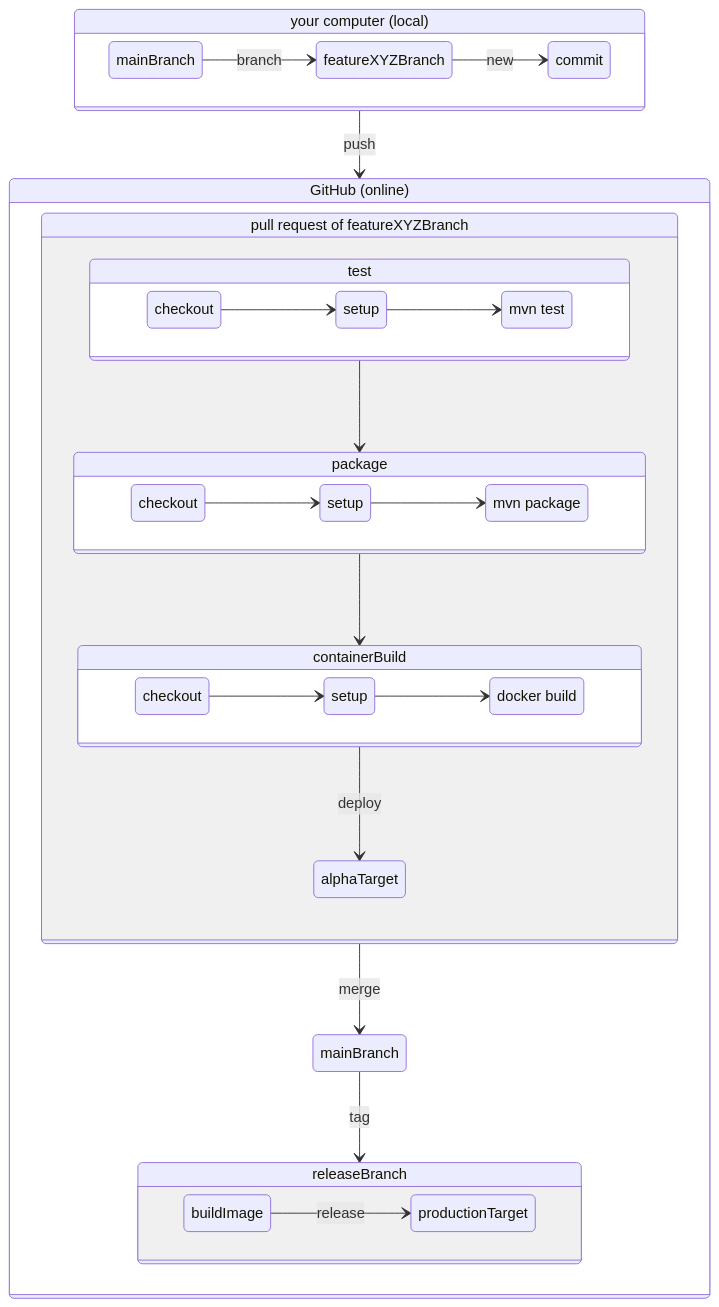
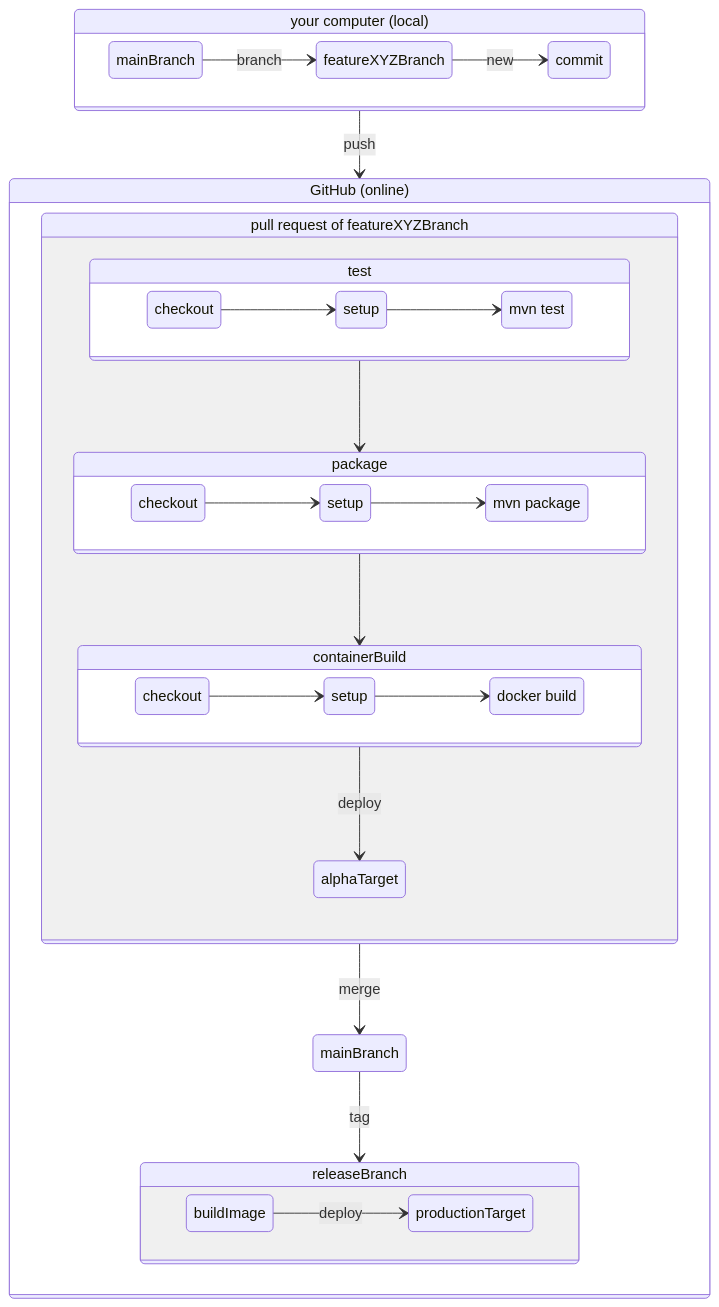
The second of 2 diagrams in README.md (hsd-inflab/se3), drawn with Mermaid before and after one commit.

````diff
--- a/README.md
+++ b/README.md
@@ -46,64 +46,64 @@
 ```mermaid
 stateDiagram
   local: your computer (local)
   localMain: mainBranch
   localFeature: featureXYZBranch
   
   online: GitHub (online)
   pr: pull request of featureXYZBranch
   onlineMain: mainBranch
   onlineRelease: releaseBranch
   containerTest: test
   containerTestCheckout: checkout
   containerTestSetup: setup
   containerTestTest: mvn test
   containerPackage: package
   containerPackageCheckout: checkout
   containerPackageSetup: setup
   containerPackagePackage: mvn package
   containerBuildImage: docker build
   containerBuildImageCheckout: checkout
   containerBuildImageSetup: setup
 
   state local {
     direction LR
     localMain --> localFeature : branch
     localFeature --> commit : new
   }
   
   local--> online : push
   state online {
 
     state pr {
       
       state containerTest {
         direction LR
         containerTestCheckout --> containerTestSetup
         containerTestSetup --> containerTestTest
       }
       containerTest --> containerPackage
       state containerPackage {
         direction LR
         containerPackageCheckout --> containerPackageSetup
         containerPackageSetup --> containerPackagePackage
       }
    
       state containerBuild {
         direction LR
         containerBuildImageCheckout --> containerBuildImageSetup
         containerBuildImageSetup --> containerBuildImage
       }
       containerPackage --> containerBuild
       containerBuild --> alphaTarget : deploy
     }    
     pr --> onlineMain : merge
 
     onlineMain --> onlineRelease : tag
 
     state onlineRelease {
       direction LR
-      buildImage --> productionTarget : release
+      buildImage --> productionTarget : deploy
     }   
   }
   
 ```
````
